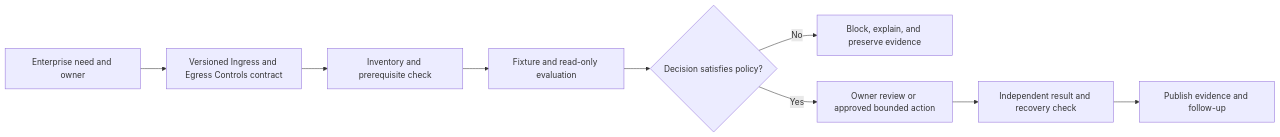
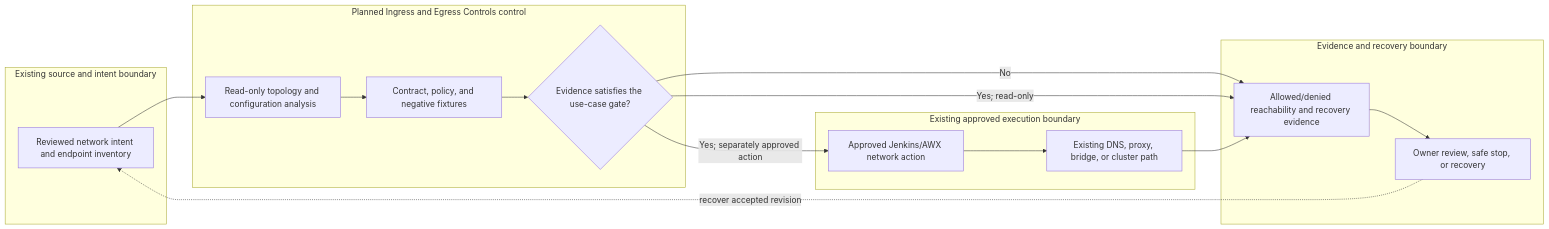
One commit to MIDHTECH/enterprise-architecture-docs changed the diagram in docs/use-cases/network/UC-NET-020-ingress-and-egress-controls.md. Above: the diagram before and after it, drawn with Mermaid. The commit also changed other lines of this file and 227 other files, not shown here.

Commit message:
Deepen architecture for all use case designs

````diff
--- a/docs/use-cases/network/UC-NET-020-ingress-and-egress-controls.md
+++ b/docs/use-cases/network/UC-NET-020-ingress-and-egress-controls.md
@@ -136,11 +129,25 @@
 ```mermaid
 flowchart LR
-    Need["Enterprise need and owner"] --> Contract["Versioned Ingress and Egress Controls contract"]
-    Contract --> Preflight["Inventory and prerequisite check"]
-    Preflight --> Evaluate["Fixture and read-only evaluation"]
-    Evaluate --> Decision{"Decision satisfies policy?"}
-    Decision -->|No| Stop["Block, explain, and preserve evidence"]
-    Decision -->|Yes| Review["Owner review or approved bounded action"]
-    Review --> Verify["Independent result and recovery check"]
-    Verify --> Publish["Publish evidence and follow-up"]
+    subgraph Source["Existing source and intent boundary"]
+        A["Reviewed network intent and endpoint inventory"]
+    end
+    subgraph Planned["Planned Ingress and Egress Controls control"]
+        B["Read-only topology and configuration analysis"]
+        C["Contract, policy, and negative fixtures"]
+        D{"Evidence satisfies the use-case gate?"}
+    end
+    subgraph Runtime["Existing approved execution boundary"]
+        E["Approved Jenkins/AWX network action"]
+        F["Existing DNS, proxy, bridge, or cluster path"]
+    end
+    subgraph Assurance["Evidence and recovery boundary"]
+        G["Allowed/denied reachability and recovery evidence"]
+        H["Owner review, safe stop, or recovery"]
+    end
+
+    A --> B --> C --> D
+    D -->|No| G --> H
+    D -->|Yes; read-only| G
+    D -->|Yes; separately approved action| E --> F --> G
+    H -. recover accepted revision .-> A
 ```
````
